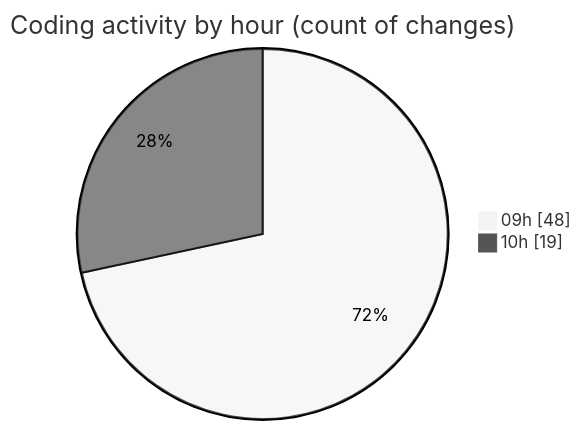
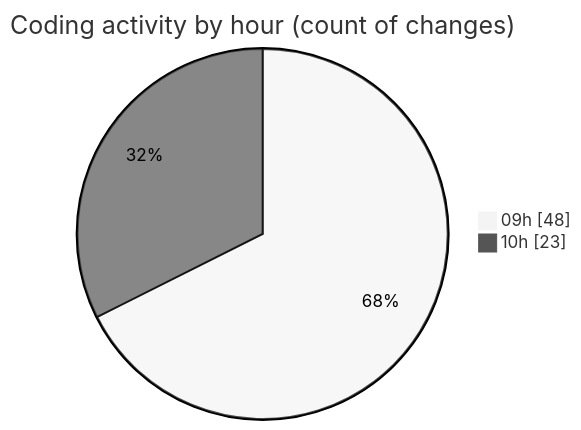
One commit to momahboobian/code-tracking changed the second of 2 diagrams in 2025-03-14/cda/README.md. Above: the diagram before and after it, drawn with Mermaid (neutral theme). The commit also changed other lines of this file and 1 other file, not shown here.

````diff
--- a/2025-03-14/cda/README.md
+++ b/2025-03-14/cda/README.md
@@ -45,6 +45,6 @@
 ```mermaid
 pie showData
 title Coding activity by hour (count of changes)
 "09h" : 48
-"10h" : 19
+"10h" : 23
 ```
````
